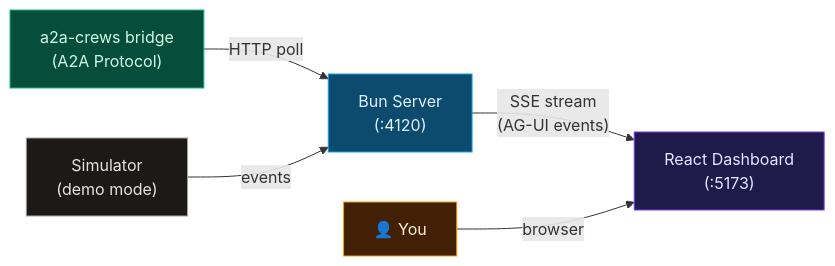
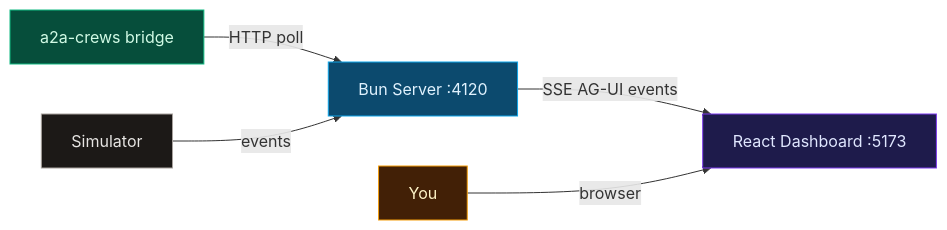
One commit to aviraldua93/ag-ui-crews changed the second of 2 diagrams in README.md. Above: the diagram before and after it, drawn with Mermaid. The commit also changed other lines of this file and 11 other files, not shown here.

First line of the commit message:
fix: README mermaid diagram, new screenshots, central bridge registry support

````diff
--- a/README.md
+++ b/README.md
@@ -236,13 +231,13 @@
 ```mermaid
 flowchart LR
-    Bridge["a2a-crews bridge\n(A2A Protocol)"] -->|"HTTP poll"| Server["Bun Server\n(:4120)"]
-    Sim["Simulator\n(demo mode)"] -->|"events"| Server
-    Server -->|"SSE stream\n(AG-UI events)"| Client["React Dashboard\n(:5173)"]
-    User["👤 You"] -->|"browser"| Client
+    Bridge[a2a-crews bridge] -->|HTTP poll| Server[Bun Server :4120]
+    Sim[Simulator] -->|events| Server
+    Server -->|SSE AG-UI events| Client[React Dashboard :5173]
+    User[You] -->|browser| Client
 
     style Bridge fill:#064e3b,stroke:#10b981,color:#d1fae5
     style Sim fill:#1c1917,stroke:#a8a29e,color:#e7e5e3
     style Server fill:#0c4a6e,stroke:#0ea5e9,color:#e0f2fe
     style Client fill:#1e1b4b,stroke:#7c3aed,color:#e0e7ff
     style User fill:#422006,stroke:#f59e0b,color:#fef3c7
 ```
````
